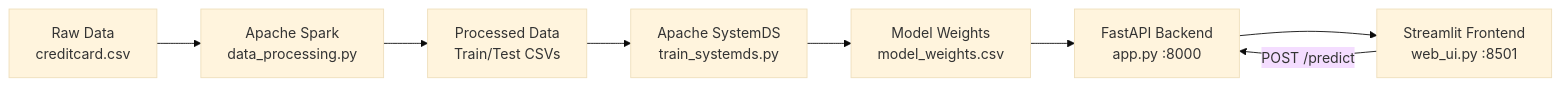
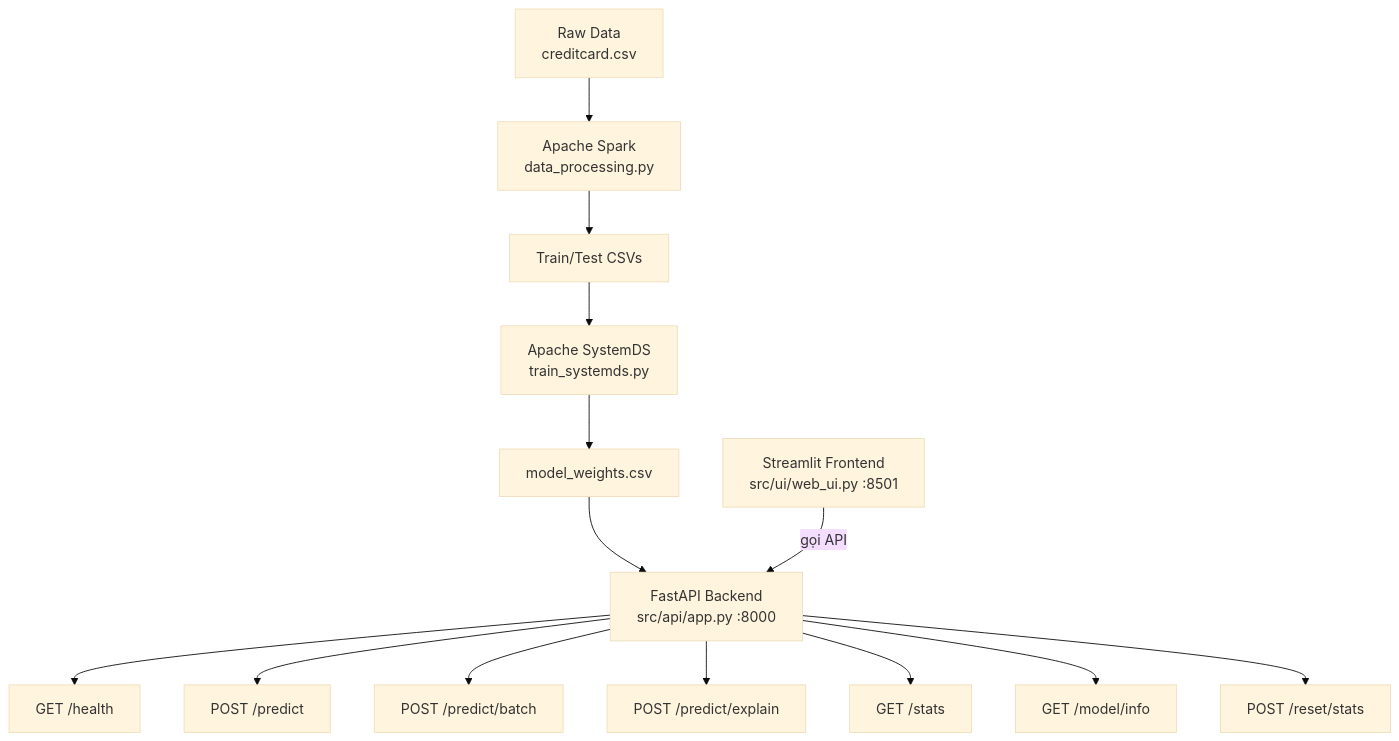
Before and after one commit to KimThinh212/Credit-card-fraud-detection: the diagram in README.md, drawn with Mermaid (base theme). The commit also changed other lines of this file and 5 other files, not shown here.

Commit message:
Update Web and API

````diff
--- a/README.md
+++ b/README.md
@@ -58,10 +67,18 @@
 ```mermaid
-graph LR
+graph TD
     A[Raw Data<br>creditcard.csv] --> B[Apache Spark<br>data_processing.py]
-    B --> C[Processed Data<br>Train/Test CSVs]
+    B --> C[Train/Test CSVs]
     C --> D[Apache SystemDS<br>train_systemds.py]
-    D --> E[Model Weights<br>model_weights.csv]
-    E --> F[FastAPI Backend<br>app.py :8000]
-    F --> G[Streamlit Frontend<br>web_ui.py :8501]
-    G -->|POST /predict| F
+    D --> E[model_weights.csv]
+    E --> F[FastAPI Backend<br>src/api/app.py :8000]
+
+    F --> G[GET /health]
+    F --> H[POST /predict]
+    F --> I[POST /predict/batch]
+    F --> J[POST /predict/explain]
+    F --> K[GET /stats]
+    F --> L[GET /model/info]
+    F --> M[POST /reset/stats]
+
+    N[Streamlit Frontend<br>src/ui/web_ui.py :8501] -->|gọi API| F
 ```
````
